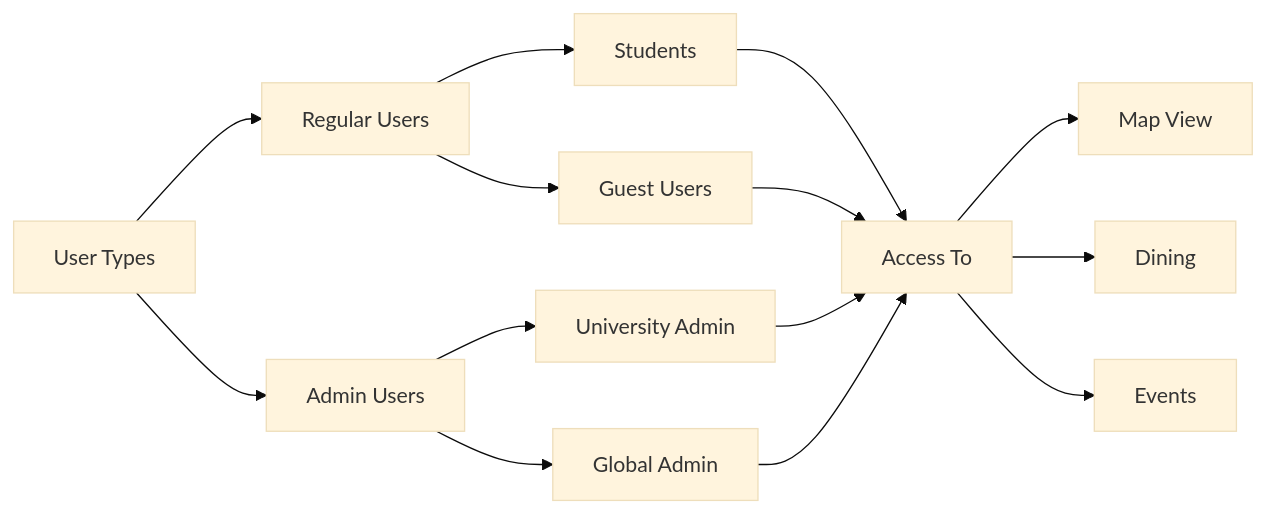
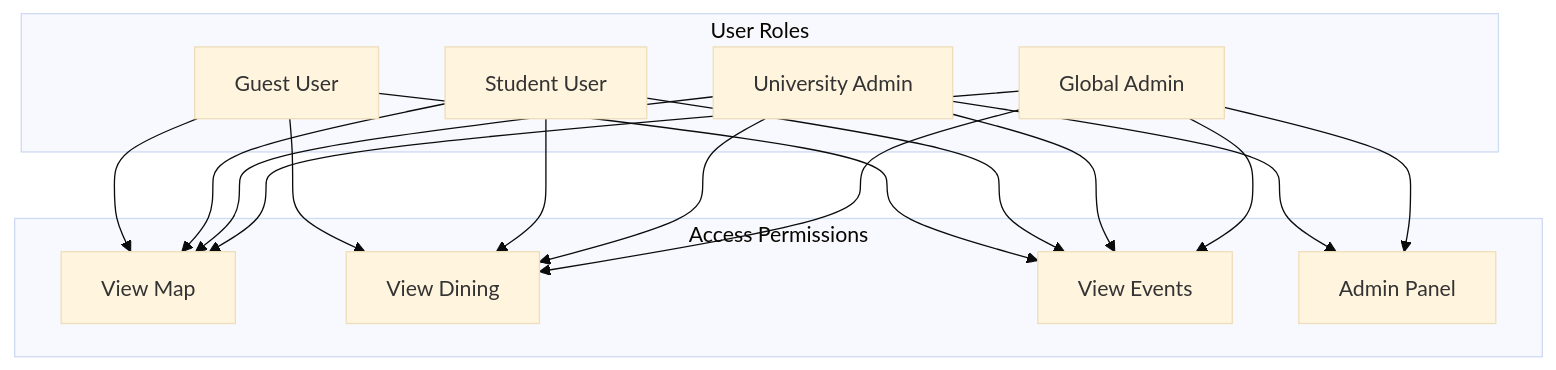
One commit to KabbalahTreeofLife/U-Nav changed the seventh of 7 diagrams in ARCHITECTURE.md. Above: the diagram before and after it, drawn with Mermaid (base theme). The commit also changed other lines of this file and 1 other file, not shown here.

Commit message:
Update documentation: Add key files reference and better user roles in ARCHITECTURE.md, add file purposes in CODEBASE_NAVIGATION.md

````diff
--- a/ARCHITECTURE.md
+++ b/ARCHITECTURE.md
@@ -329,34 +333,34 @@
 ```mermaid
-flowchart LR
-    Users[User Types]
-    Regular[Regular Users]
-    Admins[Admin Users]
+flowchart TB
+    subgraph Roles["User Roles"]
+        Guest["Guest User"]
+        Student["Student User"]
+        UnivAdmin["University Admin"]
+        GlobalAdmin["Global Admin"]
+    end
 
-    Student[Students]
-    Guest[Guest Users]
-    UnivAdmin[University Admin]
-    GlobalAdmin[Global Admin]
+    subgraph Access["Access Permissions"]
+        Map["View Map"]
+        Dining["View Dining"]
+        Events["View Events"]
+        AdminPanel["Admin Panel"]
+    end
 
-    Features[Access To]
-    Map[Map View]
-    Dining[Dining]
-    Events[Events]
-
-    Users --> Regular
-    Users --> Admins
-
-    Regular --> Student
-    Regular --> Guest
-
-    Admins --> UnivAdmin
-    Admins --> GlobalAdmin
-
-    Student --> Features
-    Guest --> Features
-    UnivAdmin --> Features
-    GlobalAdmin --> Features
-
-    Features --> Map
-    Features --> Dining
-    Features --> Events
+    Guest --> Map
+    Guest --> Dining
+    Guest --> Events
+    
+    Student --> Map
+    Student --> Dining
+    Student --> Events
+    
+    UnivAdmin --> Map
+    UnivAdmin --> Dining
+    UnivAdmin --> Events
+    UnivAdmin --> AdminPanel
+    
+    GlobalAdmin --> Map
+    GlobalAdmin --> Dining
+    GlobalAdmin --> Events
+    GlobalAdmin --> AdminPanel
 ```
````
